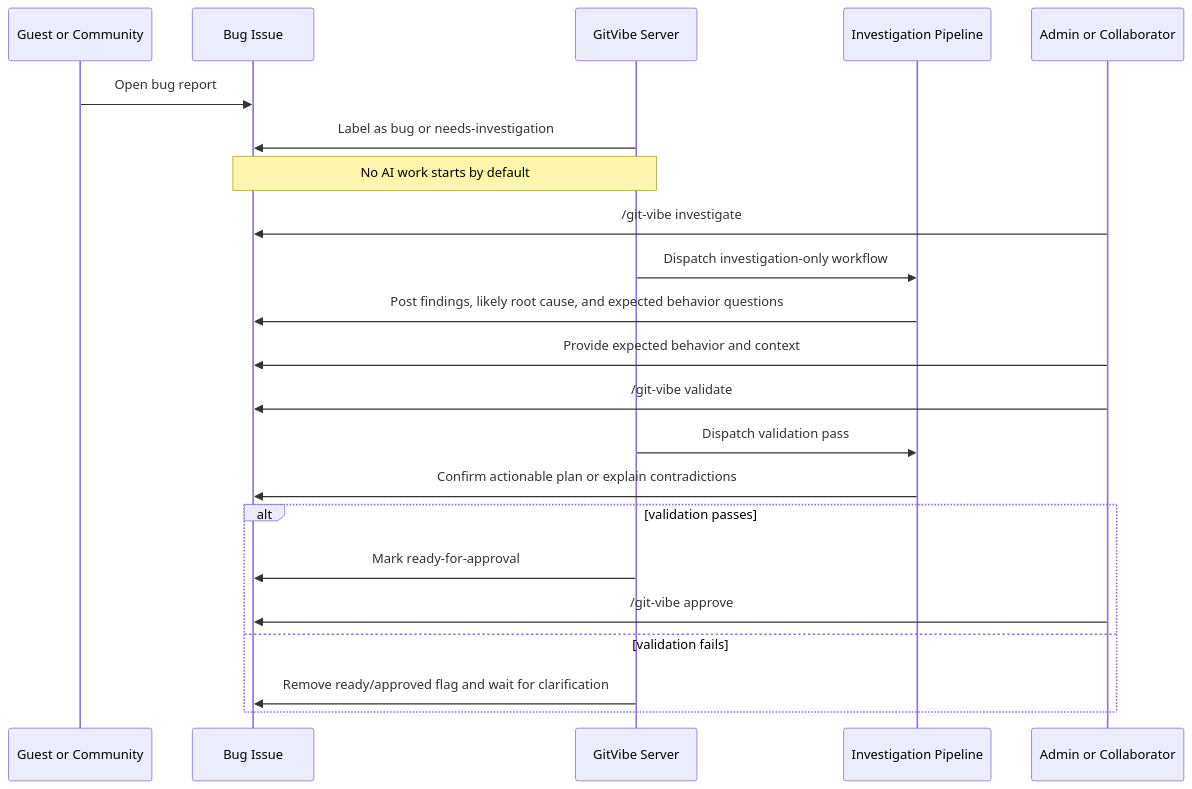
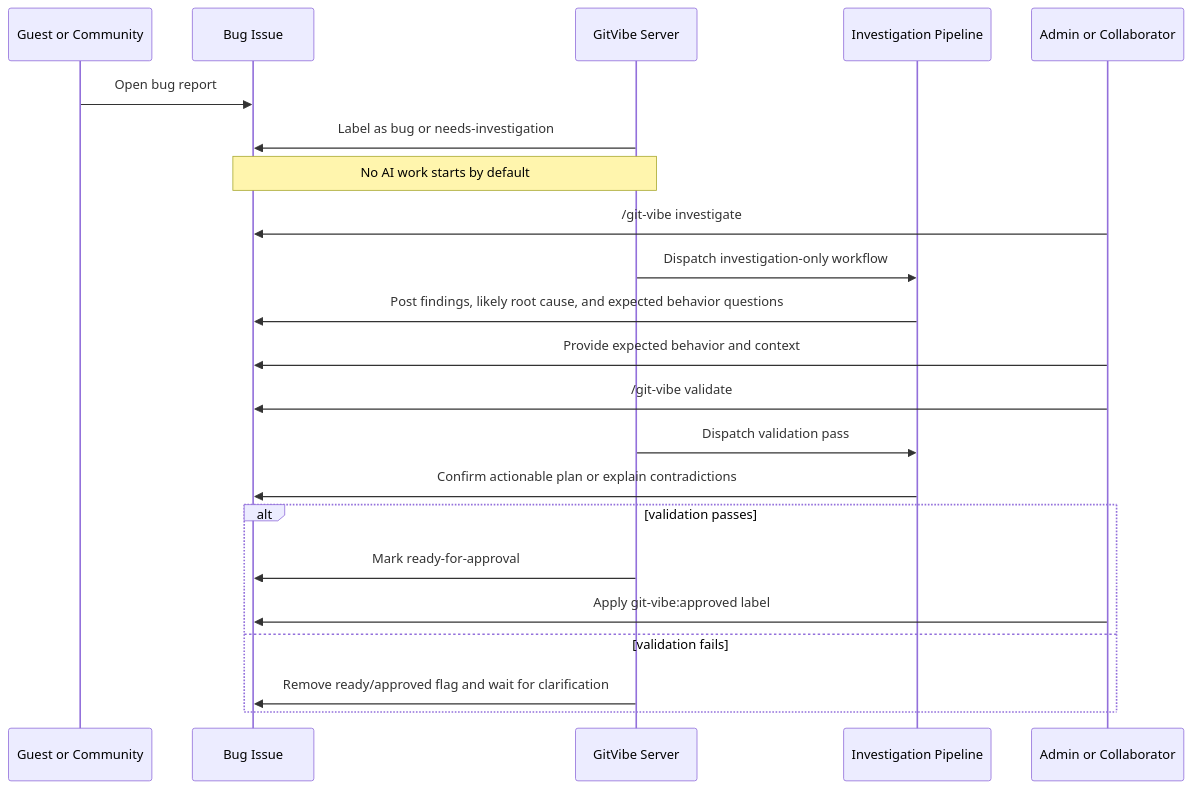
The third of 5 diagrams in docs/WORKFLOW.md (markhuangai/git-vibe), drawn with Mermaid before and after one commit. The commit also changed other lines of this file and 3 other files, not shown here.

Commit message:
fix: use label-only issue approval

````diff
--- a/docs/WORKFLOW.md
+++ b/docs/WORKFLOW.md
@@ -157,28 +156,28 @@
 ```mermaid
 sequenceDiagram
   participant Guest as Guest or Community
   participant Issue as Bug Issue
   participant App as GitVibe Server
   participant AI as Investigation Pipeline
   participant Maint as Admin or Collaborator
 
   Guest->>Issue: Open bug report
   App->>Issue: Label as bug or needs-investigation
   Note over App,Issue: No AI work starts by default
 
   Maint->>Issue: /git-vibe investigate
   App->>AI: Dispatch investigation-only workflow
   AI->>Issue: Post findings, likely root cause, and expected behavior questions
 
   Maint->>Issue: Provide expected behavior and context
   Maint->>Issue: /git-vibe validate
   App->>AI: Dispatch validation pass
   AI->>Issue: Confirm actionable plan or explain contradictions
 
   alt validation passes
     App->>Issue: Mark ready-for-approval
-    Maint->>Issue: /git-vibe approve
+    Maint->>Issue: Apply git-vibe:approved label
   else validation fails
     App->>Issue: Remove ready/approved flag and wait for clarification
   end
 ```
````
